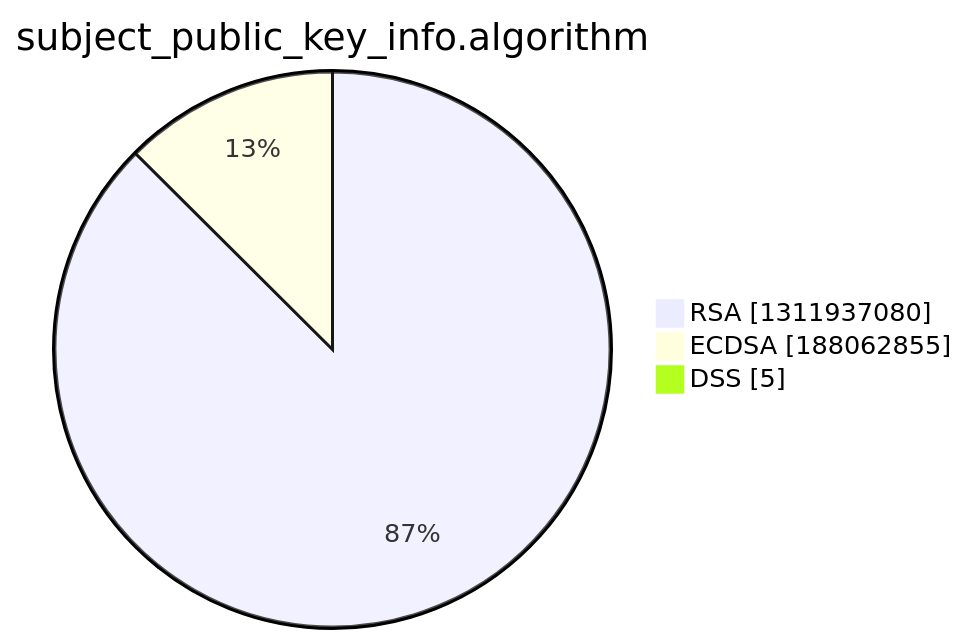
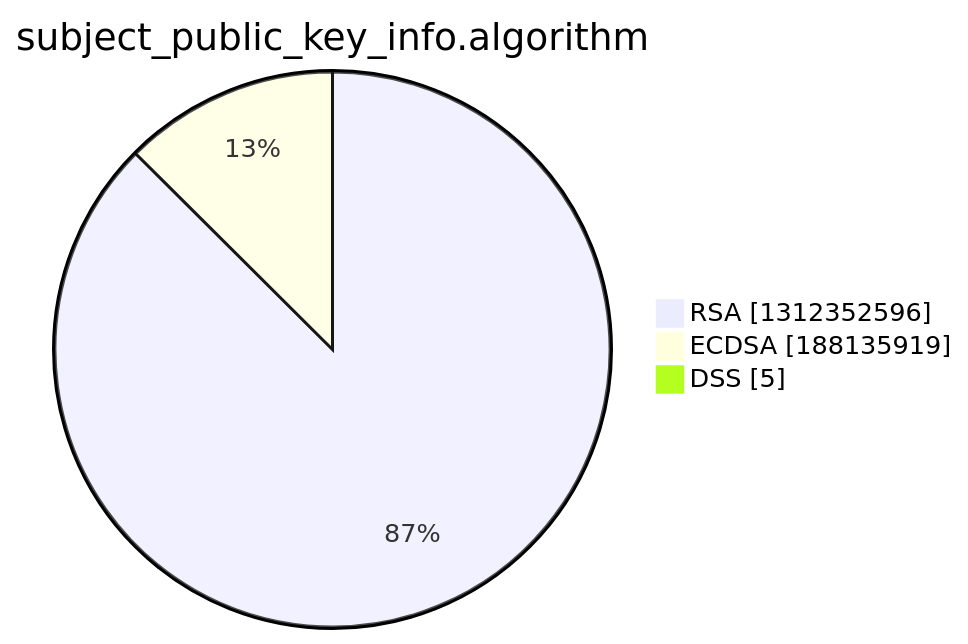
One commit to christiankrug/ctmonitor_visualization changed the third of 15 diagrams in xenon2022/README.md. Above: the diagram before and after it, drawn with Mermaid. The commit also changed other lines of this file, not shown here.

````diff
--- a/xenon2022/README.md
+++ b/xenon2022/README.md
@@ -14,7 +14,7 @@
 ```mermaid
 pie showData
 title subject_public_key_info.algorithm
-"RSA" :1311937080
-"ECDSA" :188062855
+"RSA" :1312352596
+"ECDSA" :188135919
 "DSS" :5
 ```
````
